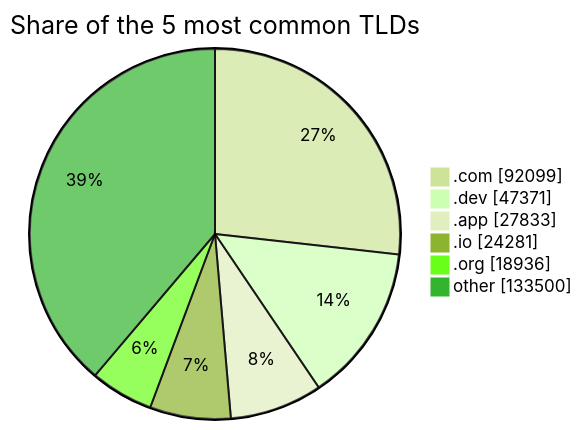
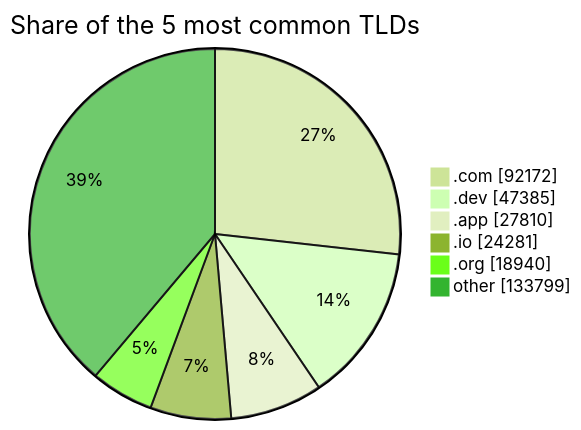
One commit to DNSBunker/CTI changed the third of 3 diagrams in README.md. Above: the diagram before and after it, drawn with Mermaid (forest theme). The commit also changed other lines of this file and 3 other files, not shown here.

````diff
--- a/README.md
+++ b/README.md
@@ -81,9 +81,9 @@
 ```mermaid
 pie showData title Share of the 5 most common TLDs
-    ".com" : 92099
-    ".dev" : 47371
-    ".app" : 27833
+    ".com" : 92172
+    ".dev" : 47385
+    ".app" : 27810
     ".io" : 24281
-    ".org" : 18936
-    "other" : 133500
+    ".org" : 18940
+    "other" : 133799
 ```
````
